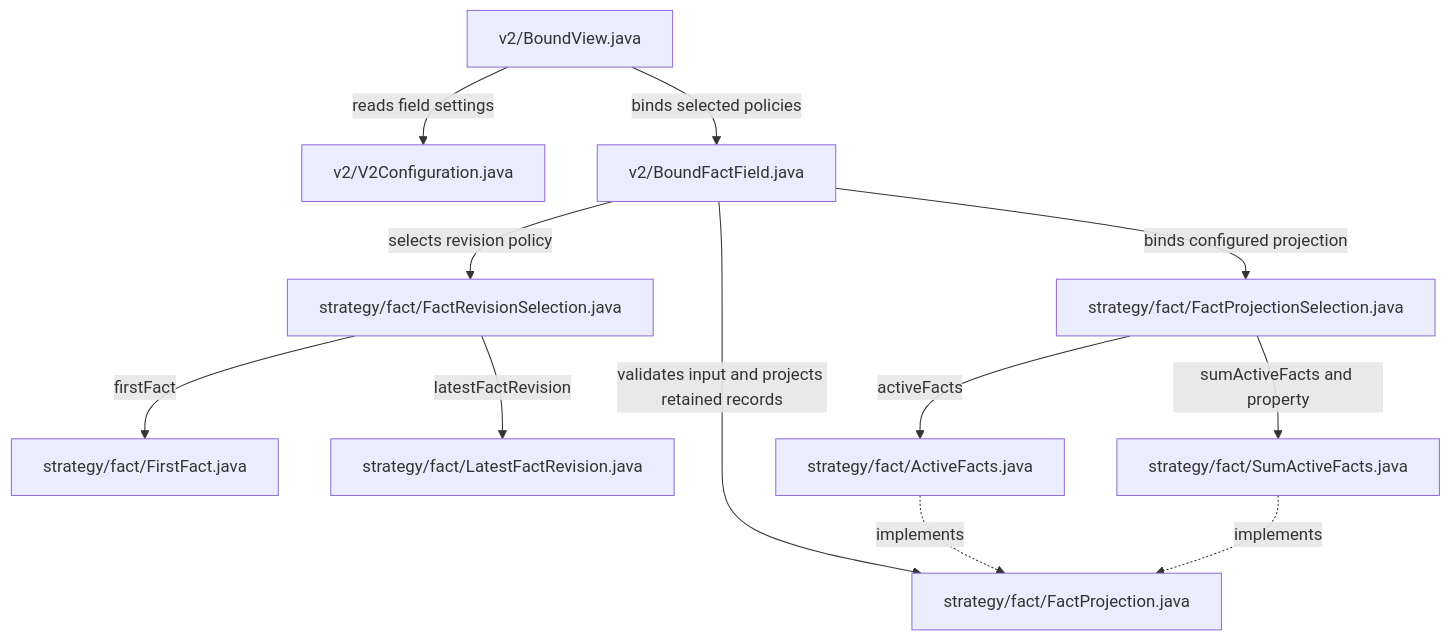
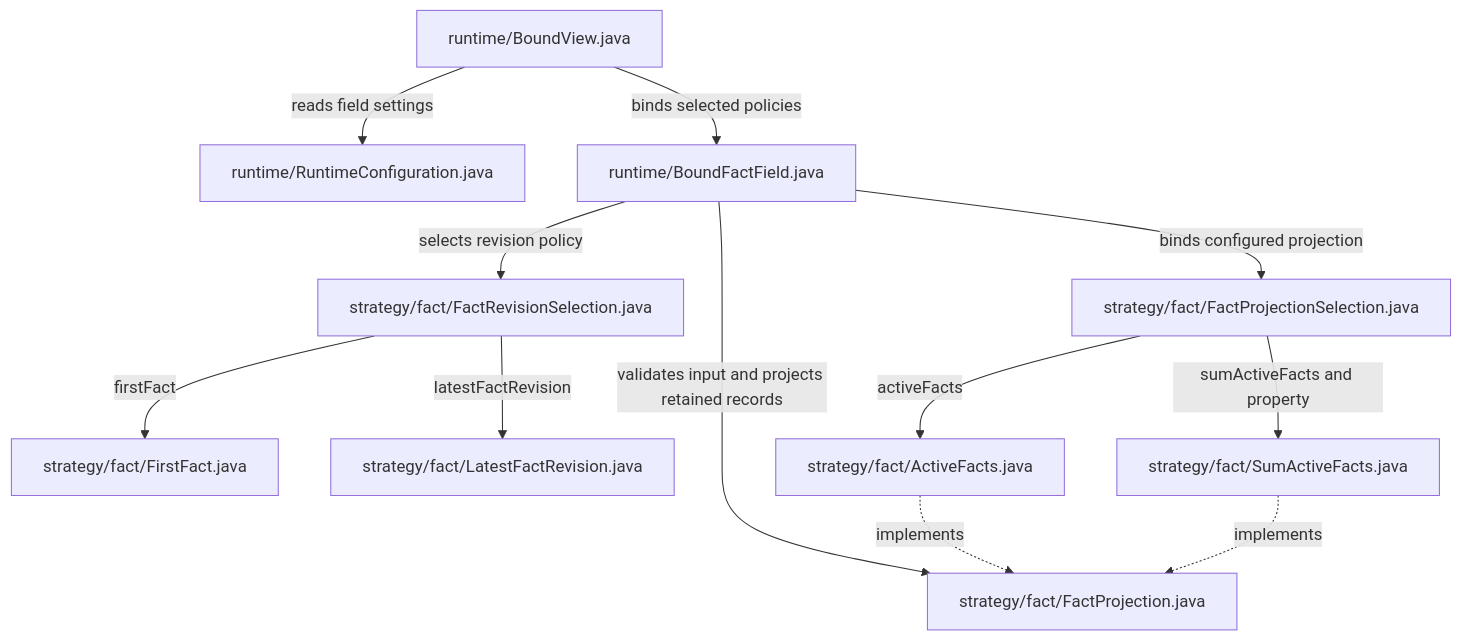
The first of 7 diagrams in zooglass/docs/source-map.md (sproates/zooglass), drawn with Mermaid before and after one commit. The commit also changed other lines of this file and 451 other files, not shown here.

````diff
--- a/zooglass/docs/source-map.md
+++ b/zooglass/docs/source-map.md
@@ -20,14 +20,14 @@
 ```mermaid
 flowchart TB
-  view["v2/BoundView.java"] -->|reads field settings| config["v2/V2Configuration.java"]
-  view -->|binds selected policies| bound["v2/BoundFactField.java"]
+  view["runtime/BoundView.java"] -->|reads field settings| config["runtime/RuntimeConfiguration.java"]
+  view -->|binds selected policies| bound["runtime/BoundFactField.java"]
   bound -->|selects revision policy| selection["strategy/fact/FactRevisionSelection.java"]
   selection -->|firstFact| first["strategy/fact/FirstFact.java"]
   selection -->|latestFactRevision| latest["strategy/fact/LatestFactRevision.java"]
   bound -->|binds configured projection| projection["strategy/fact/FactProjectionSelection.java"]
   projection -->|activeFacts| active["strategy/fact/ActiveFacts.java"]
   projection -->|sumActiveFacts and property| sum["strategy/fact/SumActiveFacts.java"]
   bound -->|validates input and projects retained records| contract["strategy/fact/FactProjection.java"]
   active -.->|implements| contract
   sum -.->|implements| contract
 ```
````
